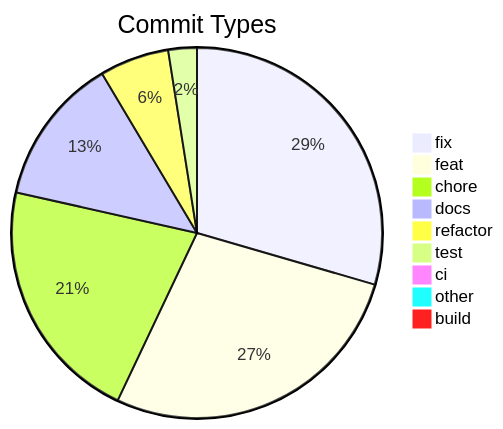
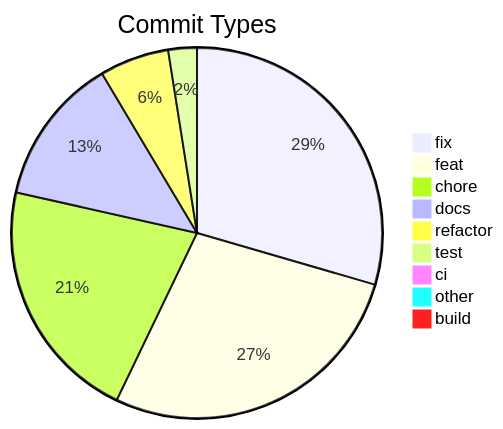
The diagram in .shipwright/compliance/change-history.md (svenroth-ai/shipwright), drawn with Mermaid before and after one commit. The commit also changed other lines of this file and 29 other files, not shown here.

````diff
--- a/.shipwright/compliance/change-history.md
+++ b/.shipwright/compliance/change-history.md
@@ -8,12 +8,12 @@
 ```mermaid
 pie title Commit Types
     "fix" : 331
-    "feat" : 309
-    "chore" : 241
+    "feat" : 310
+    "chore" : 240
     "docs" : 145
     "refactor" : 68
     "test" : 28
     "ci" : 11
     "other" : 9
     "build" : 1
 ```
````
